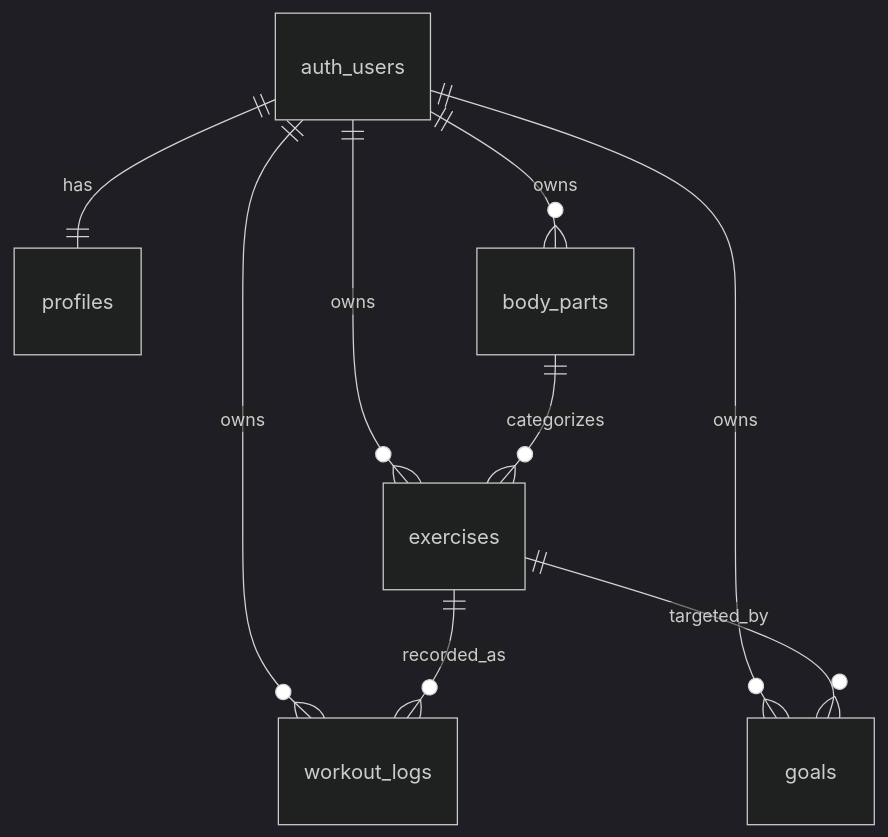
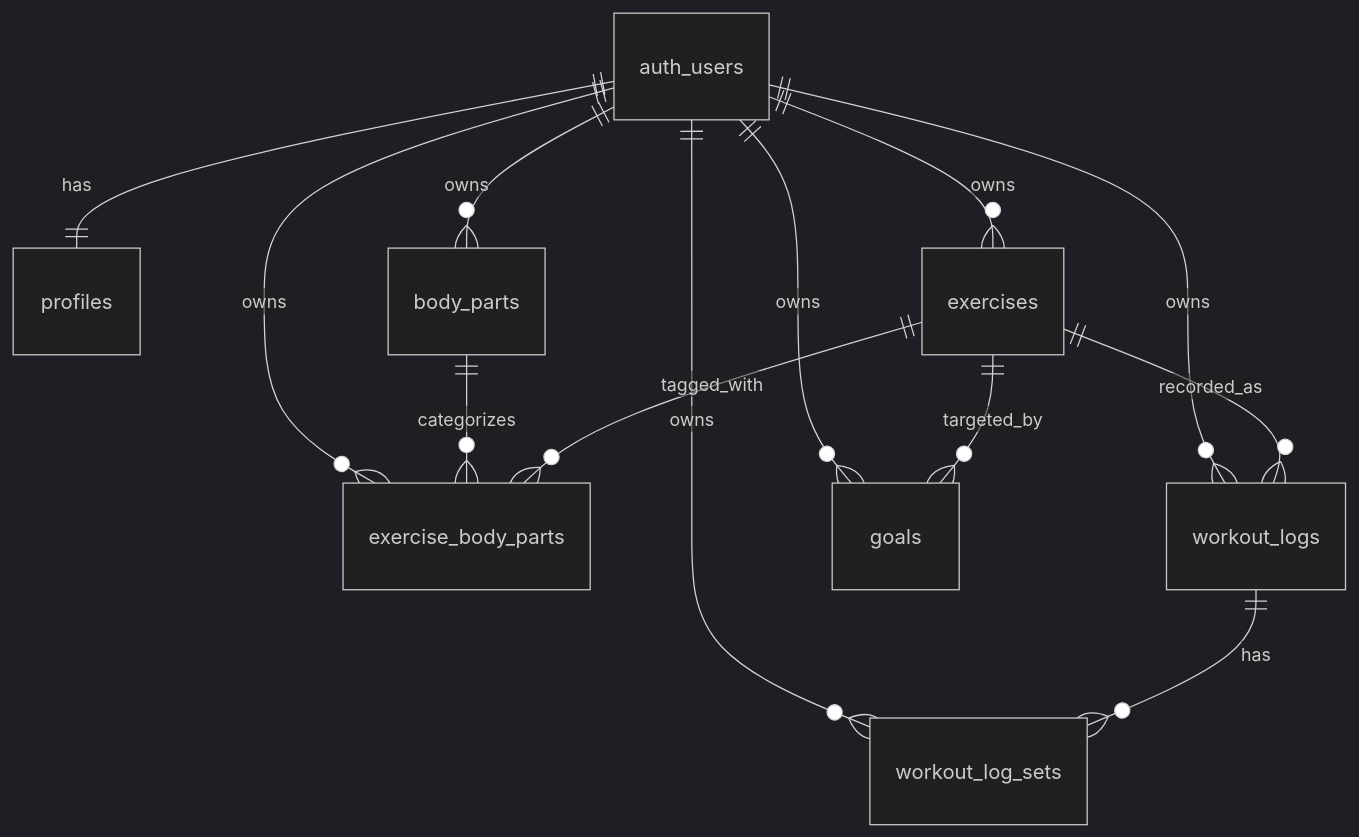
One commit to shnymywk/workout-log changed the diagram in README.md. Above: the diagram before and after it, drawn with Mermaid (dark theme). The commit also changed other lines of this file, not shown here.

````diff
--- a/README.md
+++ b/README.md
@@ -115,11 +116,15 @@
 ```mermaid
 erDiagram
   auth_users ||--|| profiles : has
   auth_users ||--o{ body_parts : owns
   auth_users ||--o{ exercises : owns
+  auth_users ||--o{ exercise_body_parts : owns
   auth_users ||--o{ workout_logs : owns
+  auth_users ||--o{ workout_log_sets : owns
   auth_users ||--o{ goals : owns
-  body_parts ||--o{ exercises : categorizes
+  body_parts ||--o{ exercise_body_parts : categorizes
+  exercises ||--o{ exercise_body_parts : tagged_with
   exercises ||--o{ workout_logs : recorded_as
+  workout_logs ||--o{ workout_log_sets : has
   exercises ||--o{ goals : targeted_by
 ```
````
